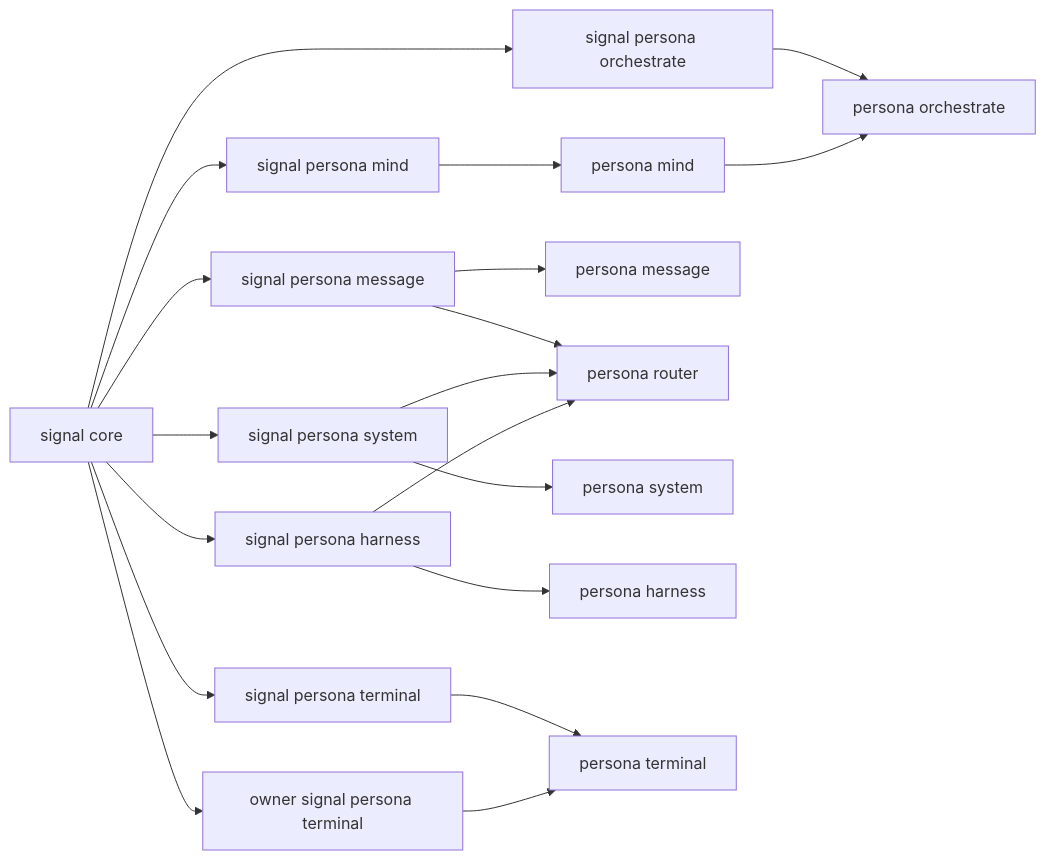
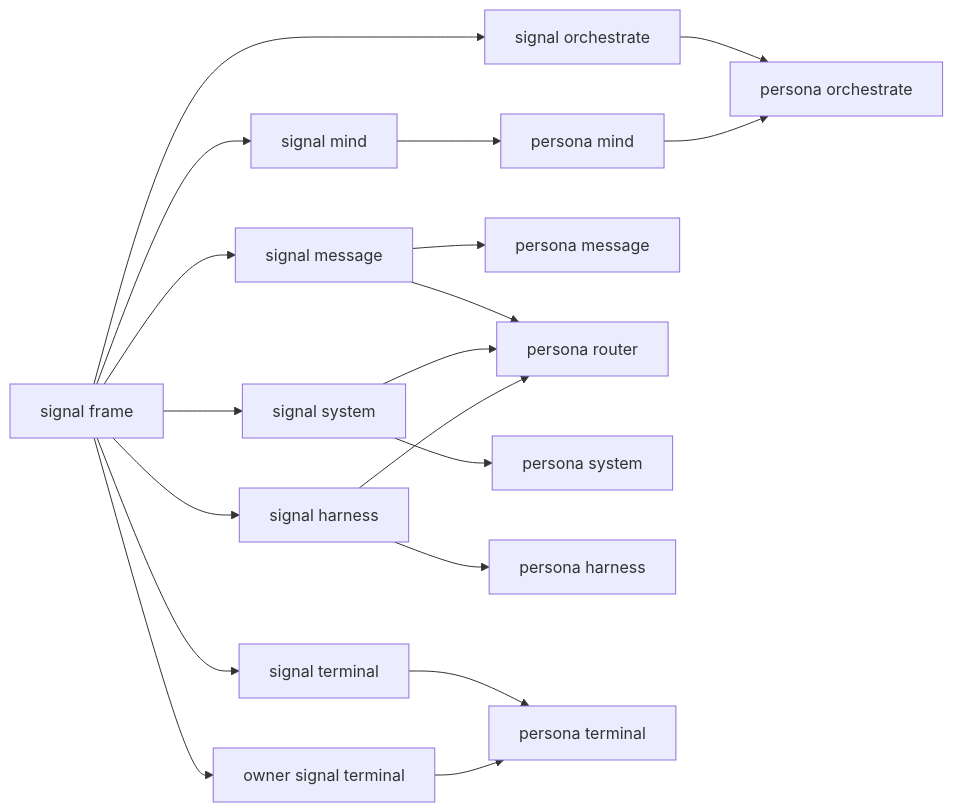
The second of 9 diagrams in ARCHITECTURE.md (LiGoldragon/persona), drawn with Mermaid before and after one commit. The commit also changed other lines of this file and 46 other files, not shown here.

Commit message:
persona: migrate manager to current signal and sema stack

````diff
--- a/ARCHITECTURE.md
+++ b/ARCHITECTURE.md
@@ -217,21 +217,21 @@
 ```mermaid
 graph LR
-    signal_core[signal core] --> mind_contract[signal persona mind]
-    signal_core --> orchestrate_contract[signal persona orchestrate]
-    signal_core --> message_contract[signal persona message]
-    signal_core --> system_contract[signal persona system]
-    signal_core --> harness_contract[signal persona harness]
-    signal_core --> terminal_contract[signal persona terminal]
-    signal_core --> owner_terminal_contract[owner signal persona terminal]
+    signal_frame[signal frame] --> mind_contract[signal mind]
+    signal_frame --> orchestrate_contract[signal orchestrate]
+    signal_frame --> message_contract[signal message]
+    signal_frame --> system_contract[signal system]
+    signal_frame --> harness_contract[signal harness]
+    signal_frame --> terminal_contract[signal terminal]
+    signal_frame --> owner_terminal_contract[owner signal terminal]
     mind_contract --> mind[persona mind]
     orchestrate_contract --> orchestrate[persona orchestrate]
     mind --> orchestrate
     message_contract --> message[persona message]
     message_contract --> router[persona router]
     system_contract --> system[persona system]
     system_contract --> router
     harness_contract --> router
     harness_contract --> harness[persona harness]
     terminal_contract --> terminal[persona terminal]
     owner_terminal_contract --> terminal
 ```
````
